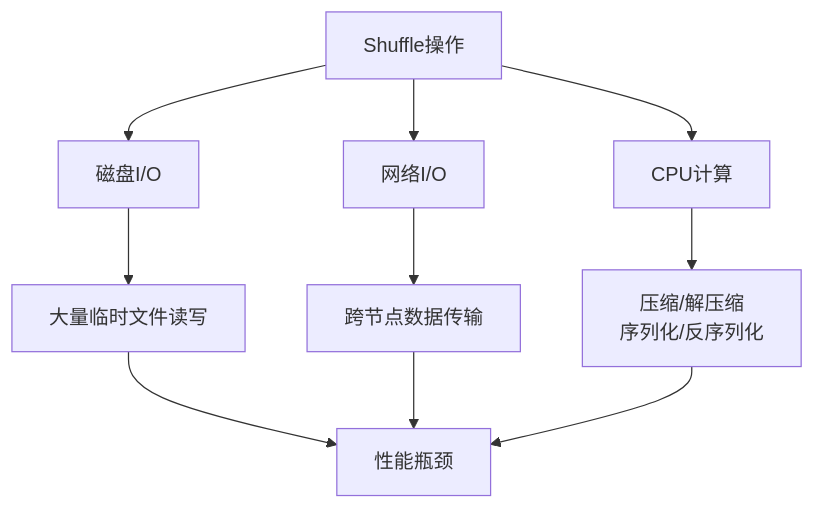
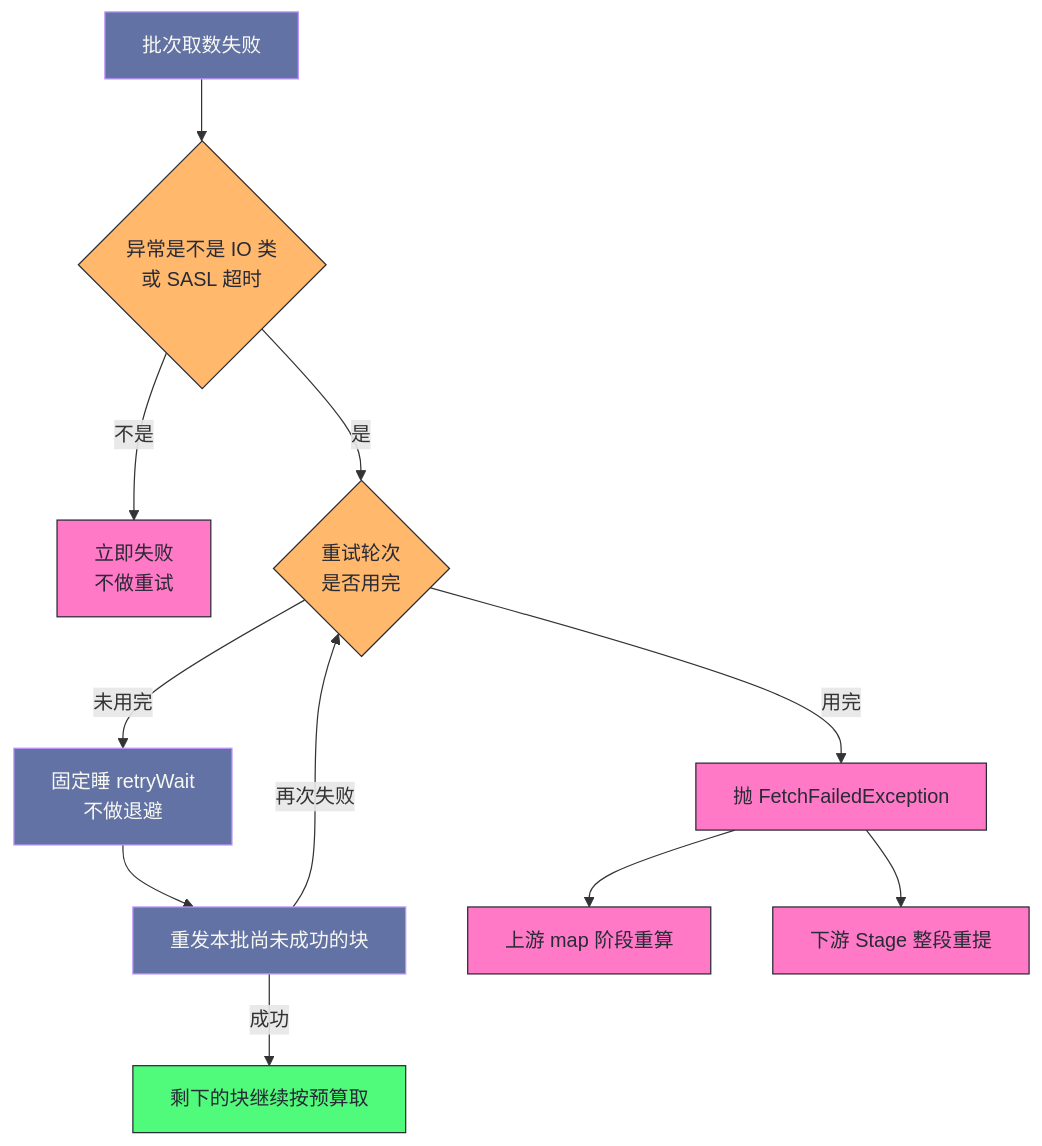
The fifth of 6 diagrams in content/大数据/Spark/读书笔记-spark内核/06_性能调优实战/6. Spark_Shuffle性能调优.md (hpliStartAgain/my-brain), drawn with Mermaid before and after one commit. The commit also changed other lines of this file and 259 other files, not shown here.

````diff
--- a/content/大数据/Spark/读书笔记-spark内核/06_性能调优实战/6. Spark_Shuffle性能调优.md
+++ b/content/大数据/Spark/读书笔记-spark内核/06_性能调优实战/6. Spark_Shuffle性能调优.md
@@ -22,14 +432,23 @@
 ```mermaid
+%%{init: {'theme': 'dracula'}}%%
 flowchart TD
-    A["Shuffle操作"] --> B["磁盘I/O"]
-    A --> C["网络I/O"]
-    A --> D["CPU计算"]
-    
-    B --> E["大量临时文件读写"]
-    C --> F["跨节点数据传输"]
-    D --> G["压缩/解压缩<br>序列化/反序列化"]
-    
-    E --> H["性能瓶颈"]
-    F --> H
-    G --> H
+    A["批次取数失败"] --> B{"异常是不是 IO 类<br/>或 SASL 超时"}
+    B -- "不是" --> F1["立即失败<br/>不做重试"]
+    B -- "是" --> C{"重试轮次<br/>是否用完"}
+    C -- "未用完" --> D["固定睡 retryWait<br/>不做退避"]
+    D --> E["重发本批尚未成功的块"]
+    E -- "成功" --> G["剩下的块继续按预算取"]
+    E -- "再次失败" --> C
+    C -- "用完" --> H["抛 FetchFailedException"]
+    H --> I["上游 map 阶段重算"]
+    H --> J["下游 Stage 整段重提"]
+
+    classDef flow fill:#6272a4,stroke:#bd93f9,color:#f8f8f2
+    classDef ask fill:#ffb86c,stroke:#282a36,color:#282a36
+    classDef good fill:#50fa7b,stroke:#282a36,color:#282a36
+    classDef bad fill:#ff79c6,stroke:#282a36,color:#282a36
+    class A,D,E flow
+    class B,C ask
+    class G good
+    class F1,H,I,J bad
 ```
````
